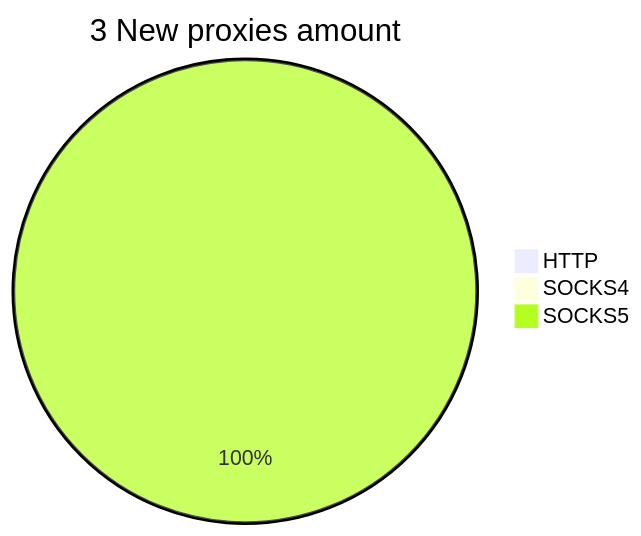
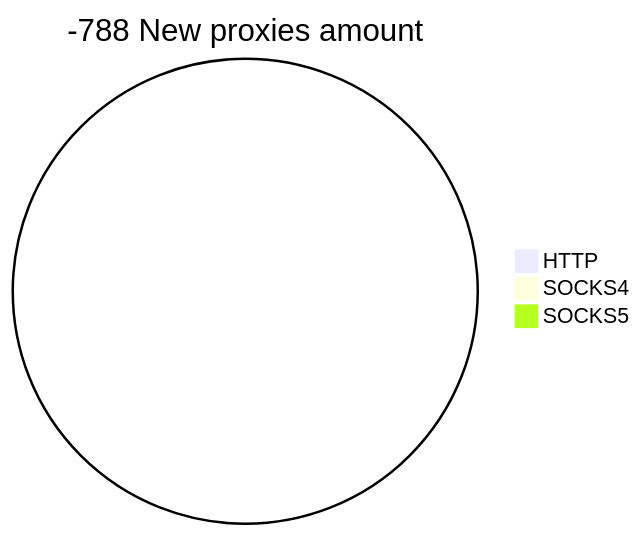
The second of 2 diagrams in README.md (cutipu/proxylist), drawn with Mermaid before and after one commit. The commit also changed other lines of this file, not shown here.

````diff
--- a/README.md
+++ b/README.md
@@ -10,6 +10,6 @@
 ```mermaid
-pie title 3 New proxies amount
+pie title -788 New proxies amount
     "HTTP" : 0
     "SOCKS4" : 0
-    "SOCKS5" : 3
+    "SOCKS5" : 0
 ```
````
